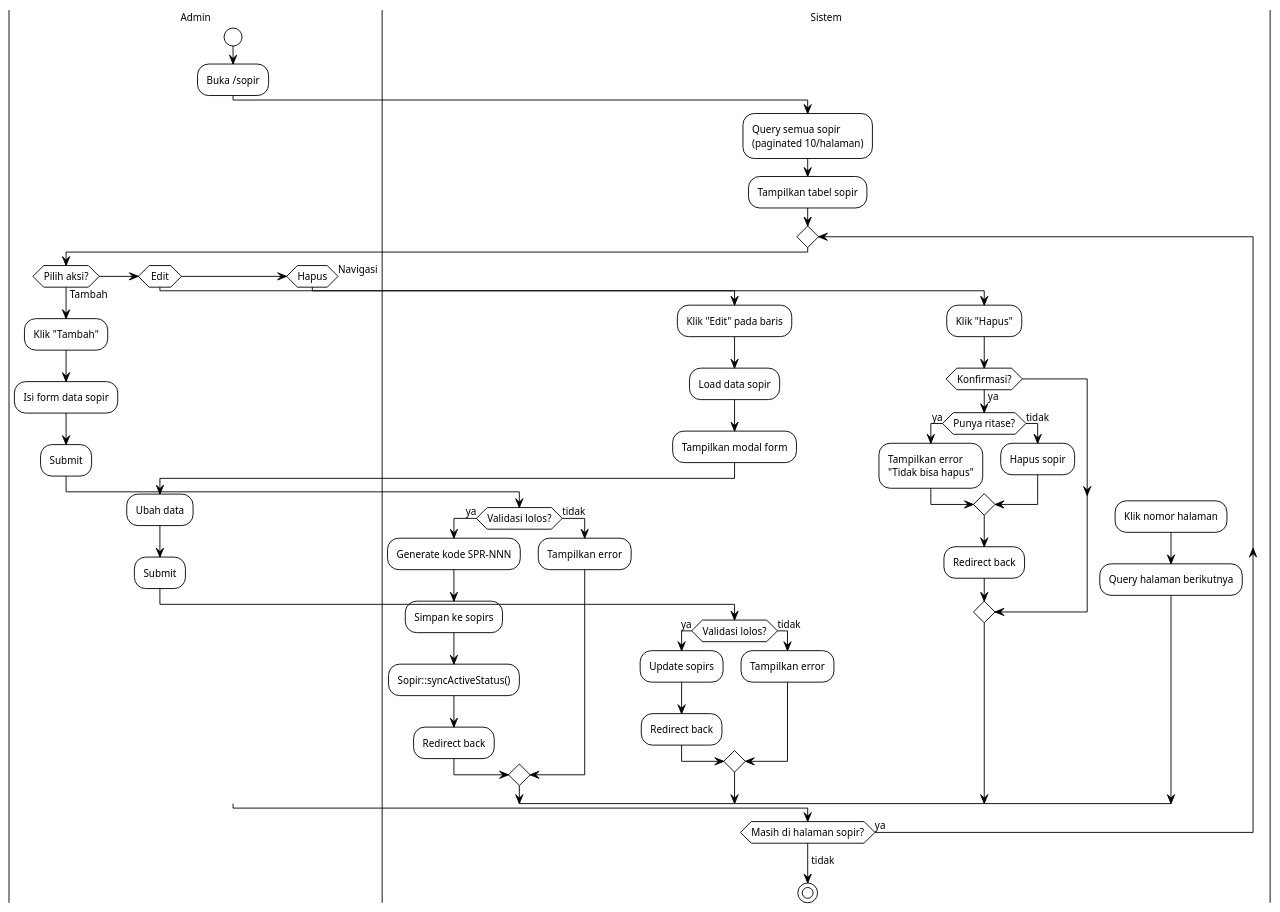
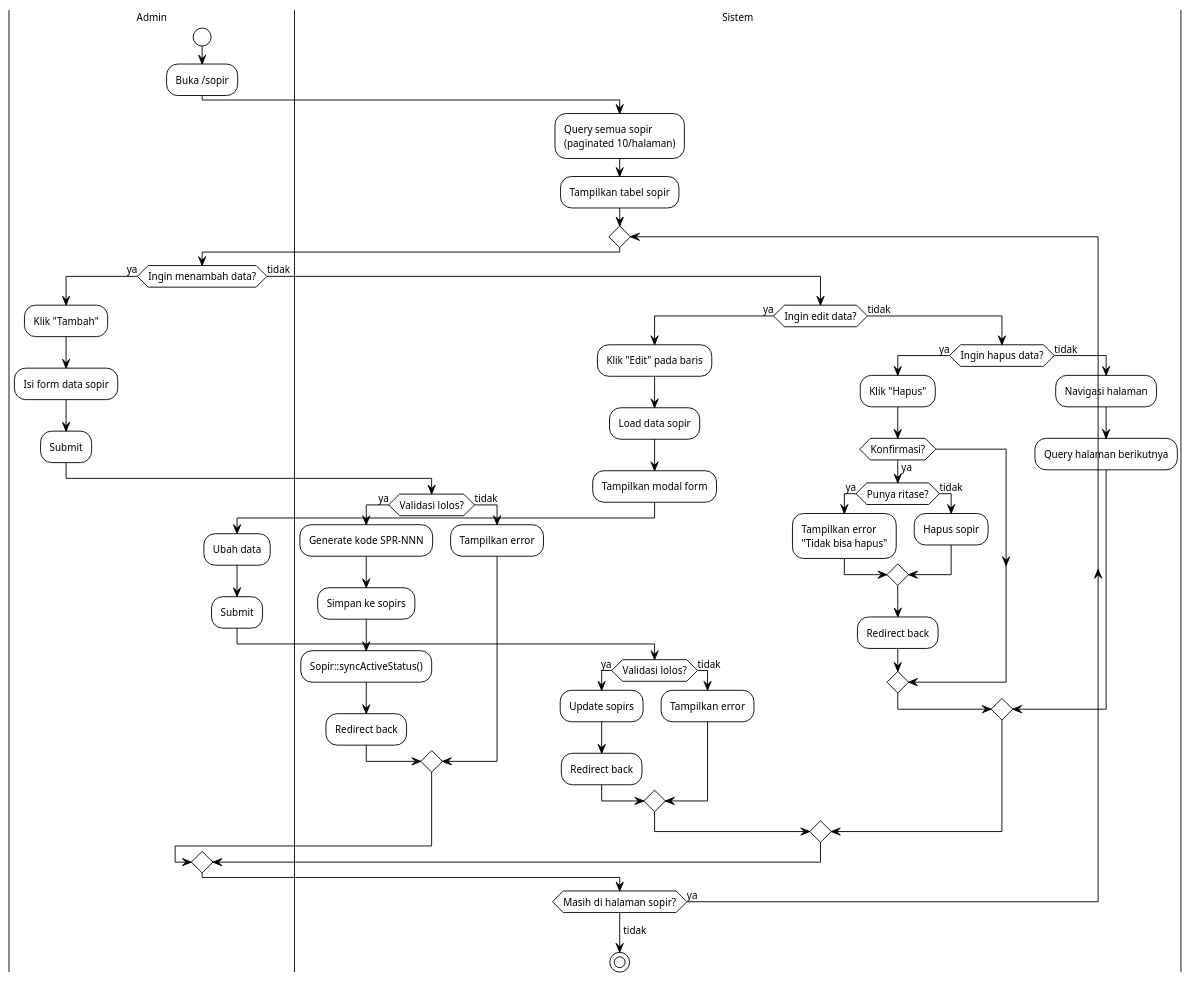
One commit to riandafatur28/sidigas-gaji-sopir-truck changed the sixth of 22 diagrams in FLOWCHART.md. Above: the diagram before and after it, drawn with PlantUML. The commit also changed other lines of this file, not shown here.

Commit message:
docs: update flowchart

````diff
--- a/FLOWCHART.md
+++ b/FLOWCHART.md
@@ -382,71 +382,75 @@
 ```plantuml
 @startuml
 !theme plain
 skinparam backgroundColor #ffffff
 skinparam defaultFontSize 11
 skinparam defaultFontName Arial
 
 |Admin|
 start
 :Buka /sopir;
 
 |Sistem|
 :Query semua sopir\n(paginated 10/halaman);
 :Tampilkan tabel sopir;
 
 repeat
   |Admin|
-  if (Pilih aksi?) then (Tambah)
+  if (Ingin menambah data?) then (ya)
     :Klik "Tambah";
     :Isi form data sopir;
     :Submit;
     |Sistem|
     if (Validasi lolos?) then (ya)
       :Generate kode SPR-NNN;
       :Simpan ke sopirs;
       :Sopir::syncActiveStatus();
       :Redirect back;
     else (tidak)
       :Tampilkan error;
     endif
 
-  elseif (Edit) then
-    :Klik "Edit" pada baris;
-    |Sistem|
-    :Load data sopir;
-    :Tampilkan modal form;
-    |Admin|
-    :Ubah data;
-    :Submit;
-    |Sistem|
-    if (Validasi lolos?) then (ya)
-      :Update sopirs;
-      :Redirect back;
+  else (tidak)
+    if (Ingin edit data?) then (ya)
+      :Klik "Edit" pada baris;
+      |Sistem|
+      :Load data sopir;
+      :Tampilkan modal form;
+      |Admin|
+      :Ubah data;
+      :Submit;
+      |Sistem|
+      if (Validasi lolos?) then (ya)
+        :Update sopirs;
+        :Redirect back;
+      else (tidak)
+        :Tampilkan error;
+      endif
+
     else (tidak)
-      :Tampilkan error;
+      if (Ingin hapus data?) then (ya)
+        :Klik "Hapus";
+        if (Konfirmasi?) then (ya)
+          |Sistem|
+          if (Punya ritase?) then (ya)
+            :Tampilkan error\n"Tidak bisa hapus";
+          else (tidak)
+            :Hapus sopir;
+          endif
+          :Redirect back;
+        endif
+
+      else (tidak)
+        :Navigasi halaman;
+        |Sistem|
+        :Query halaman berikutnya;
+      endif
     endif
-
-  elseif (Hapus) then
-    :Klik "Hapus";
-    if (Konfirmasi?) then (ya)
-      |Sistem|
-      if (Punya ritase?) then (ya)
-        :Tampilkan error\n"Tidak bisa hapus";
-      else (tidak)
-        :Hapus sopir;
-      endif
-      :Redirect back;
-    endif
-
-  else (Navigasi)
-    :Klik nomor halaman;
-    |Sistem|
-    :Query halaman berikutnya;
   endif
 
 repeat while (Masih di halaman sopir?) is (ya)
 ->tidak;
 stop
 
 @enduml
 ```
````
